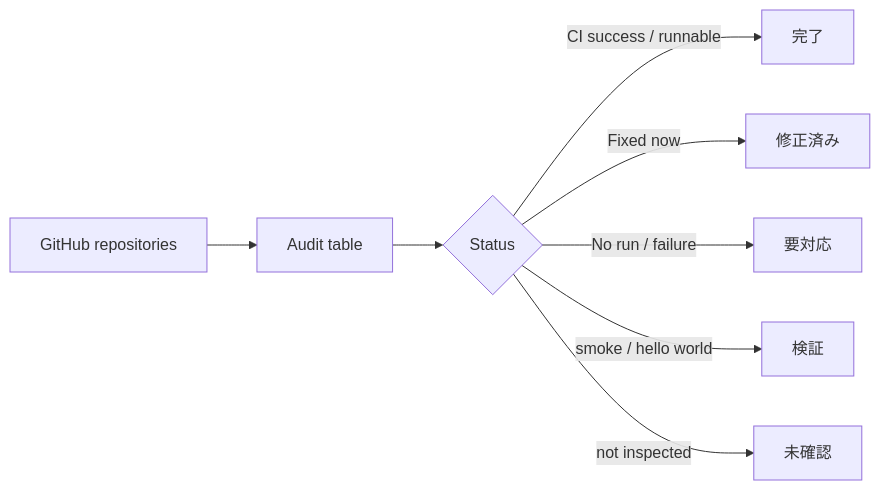
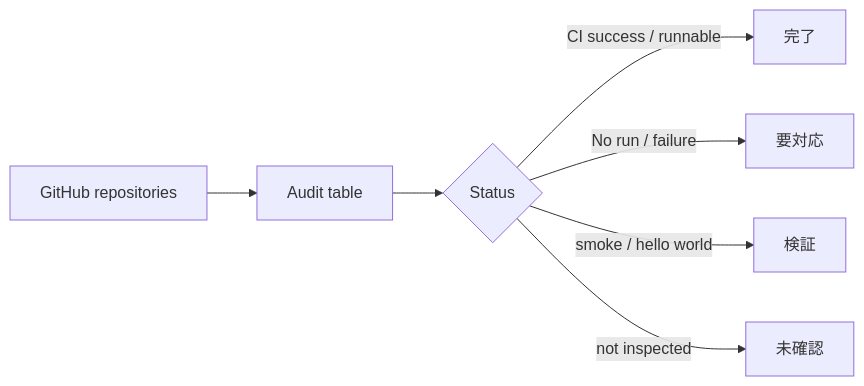
One commit to univcorp2-ctrl/repository-completion-audit changed the diagram in README.md. Above: the diagram before and after it, drawn with Mermaid. The commit also changed other lines of this file, not shown here.

````diff
--- a/README.md
+++ b/README.md
@@ -34,10 +33,9 @@
 ```mermaid
 flowchart LR
   A[GitHub repositories] --> B[Audit table]
   B --> C{Status}
   C -->|CI success / runnable| D[完了]
-  C -->|Fixed now| E[修正済み]
   C -->|No run / failure| F[要対応]
   C -->|smoke / hello world| G[検証]
   C -->|not inspected| H[未確認]
 ```
````
